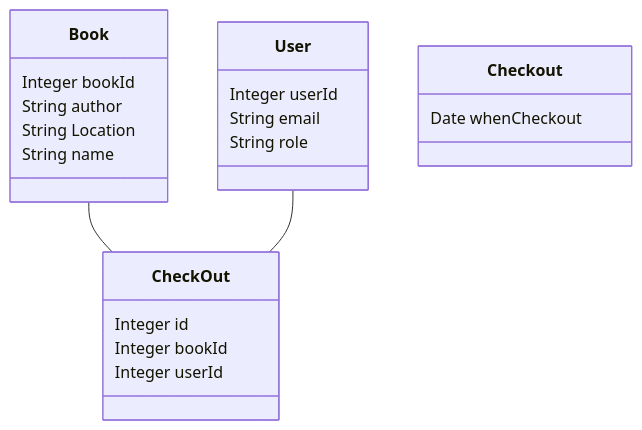
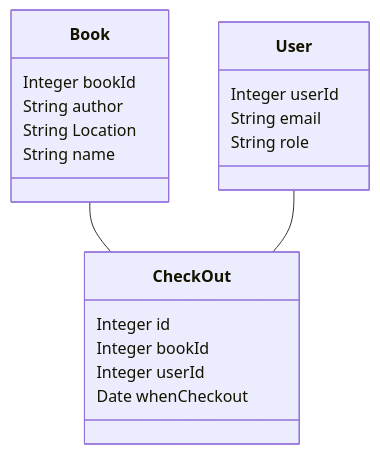
The diagram in docs/phase1.md (dmavani25/DivineManuscriptsDB), drawn with Mermaid before and after one commit.

Commit message:
minor changes

````diff
--- a/docs/phase1.md
+++ b/docs/phase1.md
@@ -3,23 +3,22 @@
 ```mermaid
 classDiagram
     class User
     User : Integer userId
     User : String email
     User : String role
 
     class Book
     Book : Integer bookId
     Book : String author
     Book : String Location 
     Book : String name
 
-
     class CheckOut
     CheckOut : Integer id
     CheckOut : Integer bookId
     CheckOut : Integer userId 
-    Checkout : Date whenCheckout
+    CheckOut : Date whenCheckout
 
     Book -- CheckOut
     User -- CheckOut
 ```
````
